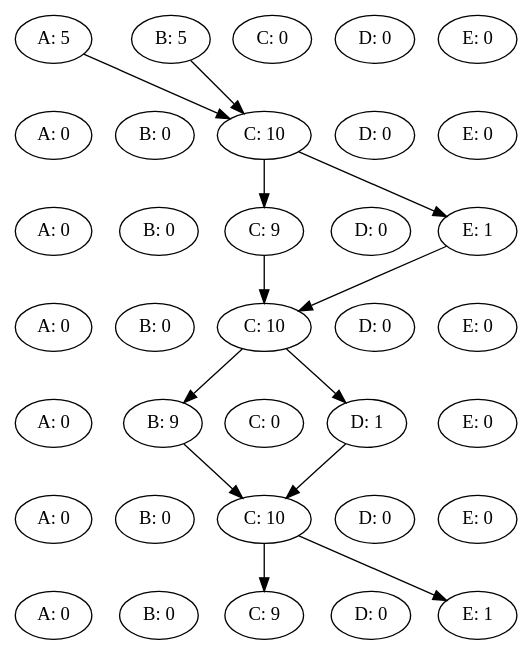
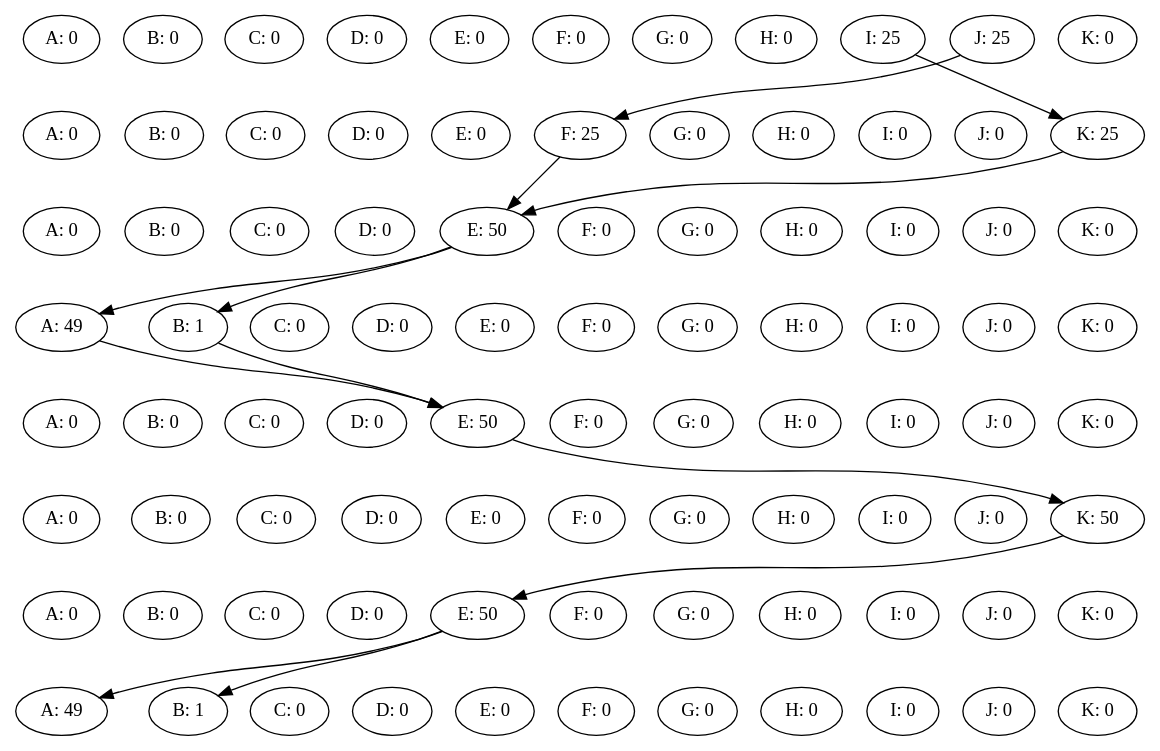
One commit to TieneSabor/slugs_swarmPlanner changed the diagram in originalPlans.dot. Above: the diagram before and after it, drawn with Graphviz. The commit also changed 22 other files, not shown here.

```diff
--- a/originalPlans.dot
+++ b/originalPlans.dot
@@ -1,51 +1,104 @@
 digraph {
-A0 [label="A: 5"];
-B0 [label="B: 5"];
+A0 [label="A: 0"];
+B0 [label="B: 0"];
 C0 [label="C: 0"];
 D0 [label="D: 0"];
 E0 [label="E: 0"];
-rank = same {A0 -> B0 -> C0 -> D0 -> E0 [style=invis] }A1 [label="A: 0"];
+F0 [label="F: 0"];
+G0 [label="G: 0"];
+H0 [label="H: 0"];
+I0 [label="I: 25"];
+J0 [label="J: 25"];
+K0 [label="K: 0"];
+rank = same {A0 -> B0 -> C0 -> D0 -> E0 -> F0 -> G0 -> H0 -> I0 -> J0 -> K0 [style=invis] }A1 [label="A: 0"];
 B1 [label="B: 0"];
-C1 [label="C: 10"];
+C1 [label="C: 0"];
 D1 [label="D: 0"];
 E1 [label="E: 0"];
-rank = same {A1 -> B1 -> C1 -> D1 -> E1 [style=invis] }A0 -> C1
-B0 -> C1
+F1 [label="F: 25"];
+G1 [label="G: 0"];
+H1 [label="H: 0"];
+I1 [label="I: 0"];
+J1 [label="J: 0"];
+K1 [label="K: 25"];
+rank = same {A1 -> B1 -> C1 -> D1 -> E1 -> F1 -> G1 -> H1 -> I1 -> J1 -> K1 [style=invis] }I0 -> K1
+J0 -> F1
 A2 [label="A: 0"];
 B2 [label="B: 0"];
-C2 [label="C: 9"];
+C2 [label="C: 0"];
 D2 [label="D: 0"];
-E2 [label="E: 1"];
-rank = same {A2 -> B2 -> C2 -> D2 -> E2 [style=invis] }C1 -> C2
-C1 -> E2
-A3 [label="A: 0"];
-B3 [label="B: 0"];
-C3 [label="C: 10"];
+E2 [label="E: 50"];
+F2 [label="F: 0"];
+G2 [label="G: 0"];
+H2 [label="H: 0"];
+I2 [label="I: 0"];
+J2 [label="J: 0"];
+K2 [label="K: 0"];
+rank = same {A2 -> B2 -> C2 -> D2 -> E2 -> F2 -> G2 -> H2 -> I2 -> J2 -> K2 [style=invis] }F1 -> E2
+K1 -> E2
+A3 [label="A: 49"];
+B3 [label="B: 1"];
+C3 [label="C: 0"];
 D3 [label="D: 0"];
 E3 [label="E: 0"];
-rank = same {A3 -> B3 -> C3 -> D3 -> E3 [style=invis] }C2 -> C3
-E2 -> C3
+F3 [label="F: 0"];
+G3 [label="G: 0"];
+H3 [label="H: 0"];
+I3 [label="I: 0"];
+J3 [label="J: 0"];
+K3 [label="K: 0"];
+rank = same {A3 -> B3 -> C3 -> D3 -> E3 -> F3 -> G3 -> H3 -> I3 -> J3 -> K3 [style=invis] }E2 -> A3
+E2 -> B3
 A4 [label="A: 0"];
-B4 [label="B: 9"];
+B4 [label="B: 0"];
 C4 [label="C: 0"];
-D4 [label="D: 1"];
-E4 [label="E: 0"];
-rank = same {A4 -> B4 -> C4 -> D4 -> E4 [style=invis] }C3 -> B4
-C3 -> D4
+D4 [label="D: 0"];
+E4 [label="E: 50"];
+F4 [label="F: 0"];
+G4 [label="G: 0"];
+H4 [label="H: 0"];
+I4 [label="I: 0"];
+J4 [label="J: 0"];
+K4 [label="K: 0"];
+rank = same {A4 -> B4 -> C4 -> D4 -> E4 -> F4 -> G4 -> H4 -> I4 -> J4 -> K4 [style=invis] }A3 -> E4
+B3 -> E4
 A5 [label="A: 0"];
 B5 [label="B: 0"];
-C5 [label="C: 10"];
+C5 [label="C: 0"];
 D5 [label="D: 0"];
 E5 [label="E: 0"];
-rank = same {A5 -> B5 -> C5 -> D5 -> E5 [style=invis] }B4 -> C5
-D4 -> C5
+F5 [label="F: 0"];
+G5 [label="G: 0"];
+H5 [label="H: 0"];
+I5 [label="I: 0"];
+J5 [label="J: 0"];
+K5 [label="K: 50"];
+rank = same {A5 -> B5 -> C5 -> D5 -> E5 -> F5 -> G5 -> H5 -> I5 -> J5 -> K5 [style=invis] }E4 -> K5
 A6 [label="A: 0"];
 B6 [label="B: 0"];
-C6 [label="C: 9"];
+C6 [label="C: 0"];
 D6 [label="D: 0"];
-E6 [label="E: 1"];
-rank = same {A6 -> B6 -> C6 -> D6 -> E6 [style=invis] }C5 -> C6
-C5 -> E6
-A0 -> A1 -> A2 -> A3 -> A4 -> A5 -> A6 [ style=invis; weight=1000 ]
-E0 -> E1 -> E2 -> E3 -> E4 -> E5 -> E6 [ style=invis; weight=1000 ]
+E6 [label="E: 50"];
+F6 [label="F: 0"];
+G6 [label="G: 0"];
+H6 [label="H: 0"];
+I6 [label="I: 0"];
+J6 [label="J: 0"];
+K6 [label="K: 0"];
+rank = same {A6 -> B6 -> C6 -> D6 -> E6 -> F6 -> G6 -> H6 -> I6 -> J6 -> K6 [style=invis] }K5 -> E6
+A7 [label="A: 49"];
+B7 [label="B: 1"];
+C7 [label="C: 0"];
+D7 [label="D: 0"];
+E7 [label="E: 0"];
+F7 [label="F: 0"];
+G7 [label="G: 0"];
+H7 [label="H: 0"];
+I7 [label="I: 0"];
+J7 [label="J: 0"];
+K7 [label="K: 0"];
+rank = same {A7 -> B7 -> C7 -> D7 -> E7 -> F7 -> G7 -> H7 -> I7 -> J7 -> K7 [style=invis] }E6 -> A7
+E6 -> B7
+A0 -> A1 -> A2 -> A3 -> A4 -> A5 -> A6 -> A7 [ style=invis; weight=1000 ]
+K0 -> K1 -> K2 -> K3 -> K4 -> K5 -> K6 -> K7 [ style=invis; weight=1000 ]
 }
```
